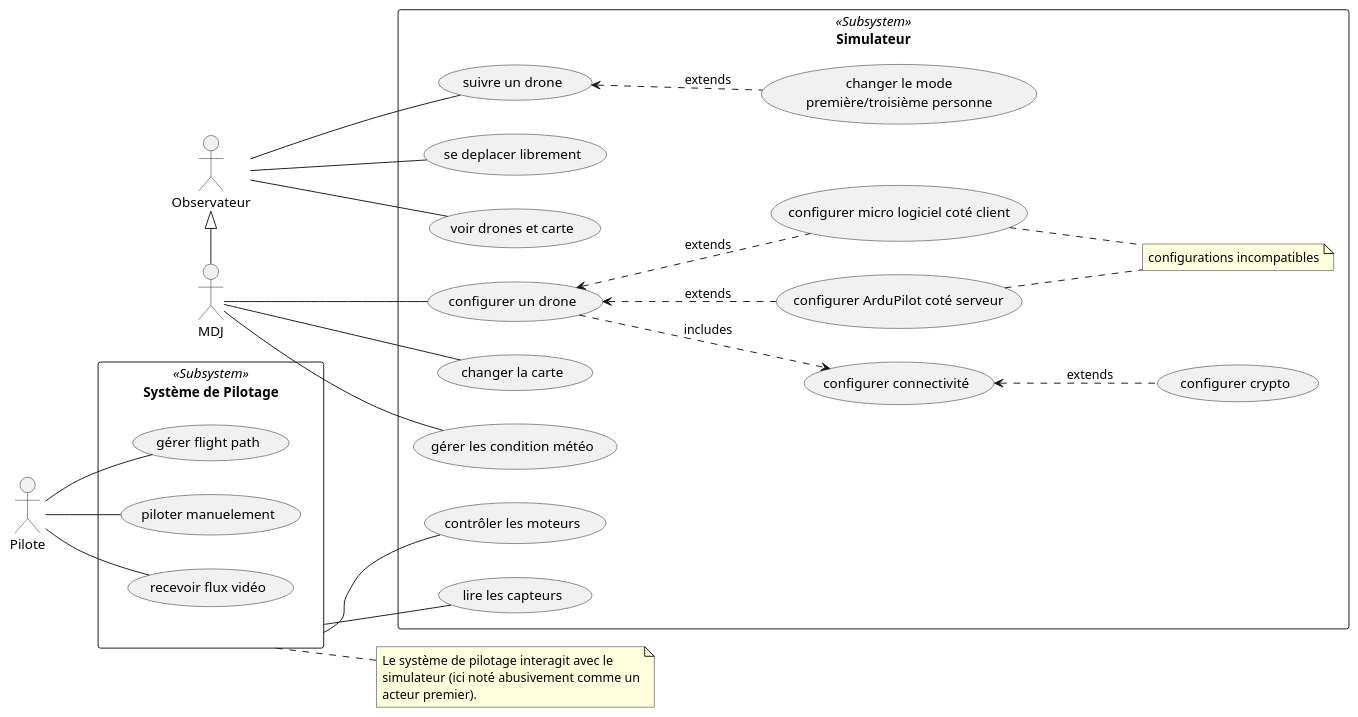
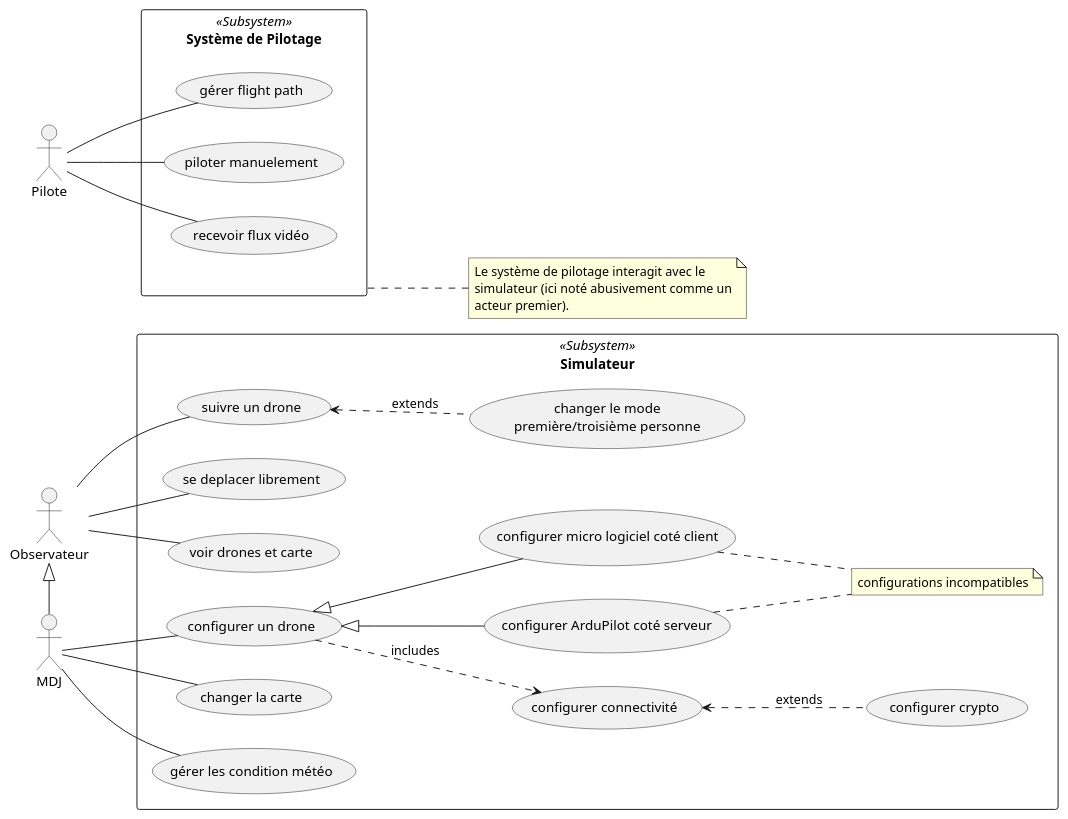
One commit to tombartos/SAE-DRONE changed the diagram in doc/simulateur_uc.puml. Above: the diagram before and after it, drawn with PlantUML.

Commit message:
modification des usecase

```diff
--- a/doc/simulateur_uc.puml
+++ b/doc/simulateur_uc.puml
@@ -1,57 +1,54 @@
 @startuml
 
 left to right direction
 
 actor Observateur
 actor MDJ
 actor Pilote
 'actor Admin
 
 rectangle "Système de Pilotage" <<Subsystem>> as SysPilot {
     Pilote -- (gérer flight path)
     Pilote -- (piloter manuelement)
     Pilote -- (recevoir flux vidéo)
 }
 
 note right of SysPilot
 Le système de pilotage interagit avec le
 simulateur (ici noté abusivement comme un
 acteur premier).
 end note
 
 MDJ -left-|> Observateur
 
 rectangle Simulateur <<Subsystem>> {
 
     usecase (suivre un drone) as follow_drone
 
     follow_drone <.down. (changer le mode\npremière/troisième personne) : extends
 
     Observateur -- (se deplacer librement)
     Observateur -- (voir drones et carte)
     Observateur -- follow_drone
 
     usecase (configurer un drone) as cfg_drone
     usecase (configurer connectivité) as cfg_conn
     usecase (configurer crypto) as cfg_crypt
     usecase (configurer ArduPilot coté serveur) as cfg_ardu_ss
     usecase (configurer micro logiciel coté client) as cfg_ardu_cs
     note "configurations incompatibles" as mutex1
 
     cfg_drone .down.> cfg_conn : includes
     cfg_conn <.down. cfg_crypt : extends
-    cfg_drone <.down. cfg_ardu_ss : extends
-    cfg_drone <.down. cfg_ardu_cs : extends
+    cfg_drone <|-- cfg_ardu_ss 
+    cfg_drone <|-- cfg_ardu_cs 
     cfg_ardu_ss .. mutex1
     cfg_ardu_cs .. mutex1
 
     MDJ -- (changer la carte)
     MDJ -- (gérer les condition météo)
     MDJ -- cfg_drone
 
-    SysPilot -- (contrôler les moteurs)
-    SysPilot -- (lire les capteurs)
-
 }
 
 @enduml
```
